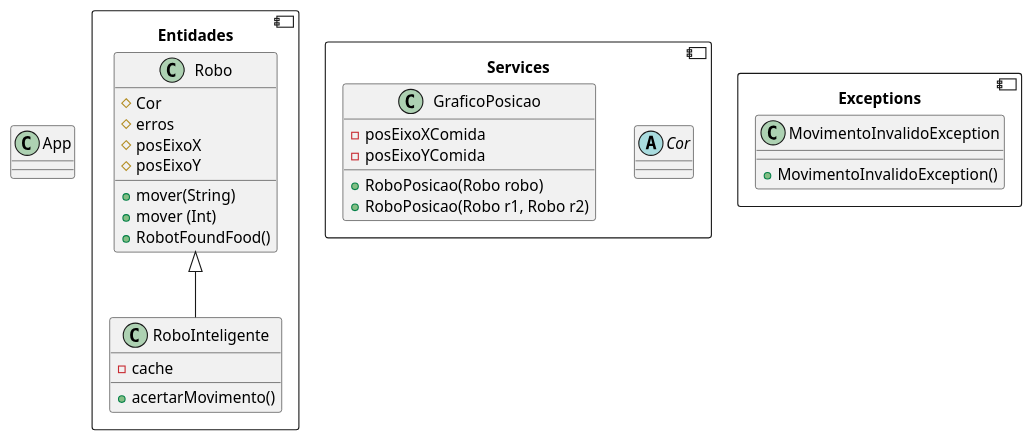
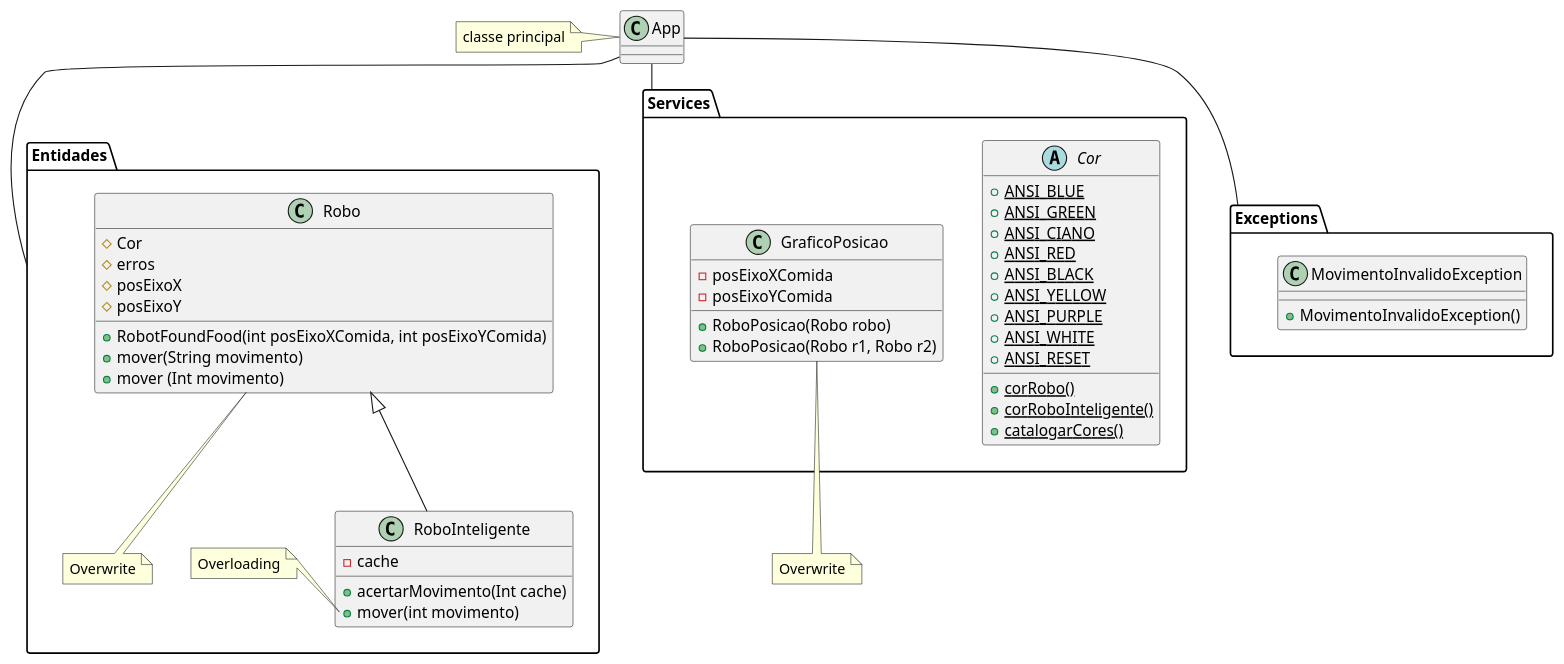
Before and after one commit to Dutra-fran/OOP-Project-01: the diagram in Diagram.puml, drawn with PlantUML. The commit also changed 1 other file, not shown here.

Commit message:
Diagram project

```diff
--- a/Diagram.puml
+++ b/Diagram.puml
@@ -1,44 +1,67 @@
 @startuml 'Diagram'
 
-component Entidades {
+namespace Entidades {
     class Robo {
         # Cor
         # erros
         # posEixoX
         # posEixoY
-        + mover(String)
-        + mover (Int)
-        + RobotFoundFood()
+        + RobotFoundFood(int posEixoXComida, int posEixoYComida)
+        + mover(String movimento)
+        + mover (Int movimento)
+        
+    
+    }
+    note bottom: Overwrite
+    Robo <|-- RoboInteligente
 
-    }
     class RoboInteligente{
         - cache
-        + acertarMovimento()
+        + acertarMovimento(Int cache)
+        + mover(int movimento)
     }
+    note left of RoboInteligente::mover 
+    Overloading
+    end note
 }
 
-component Services {
+namespace Services {
     abstract class Cor{
-        
+        {static}+ANSI_BLUE
+        {static}+ANSI_GREEN
+        {static}+ANSI_CIANO
+        {static}+ANSI_RED
+        {static}+ANSI_BLACK
+        {static}+ANSI_YELLOW
+        {static}+ANSI_PURPLE
+        {static}+ANSI_WHITE
+        {static}+ANSI_RESET
+        {static}+corRobo()
+        {static}+corRoboInteligente()
+        {static}+catalogarCores() 
     }
     class GraficoPosicao{
         - posEixoXComida
         - posEixoYComida
         + RoboPosicao(Robo robo)
         + RoboPosicao(Robo r1, Robo r2)
     }
 }
+    note bottom: Overwrite
 
-component Exceptions{
+namespace Exceptions{
+
     class MovimentoInvalidoException{
     + MovimentoInvalidoException()
     }
 }
 
-class App{
+class App
+    note left: classe principal
 
-}
+App--Entidades
+App--Exceptions
+App--Services
 
-Robo <|-- RoboInteligente
 
 @enduml
```
